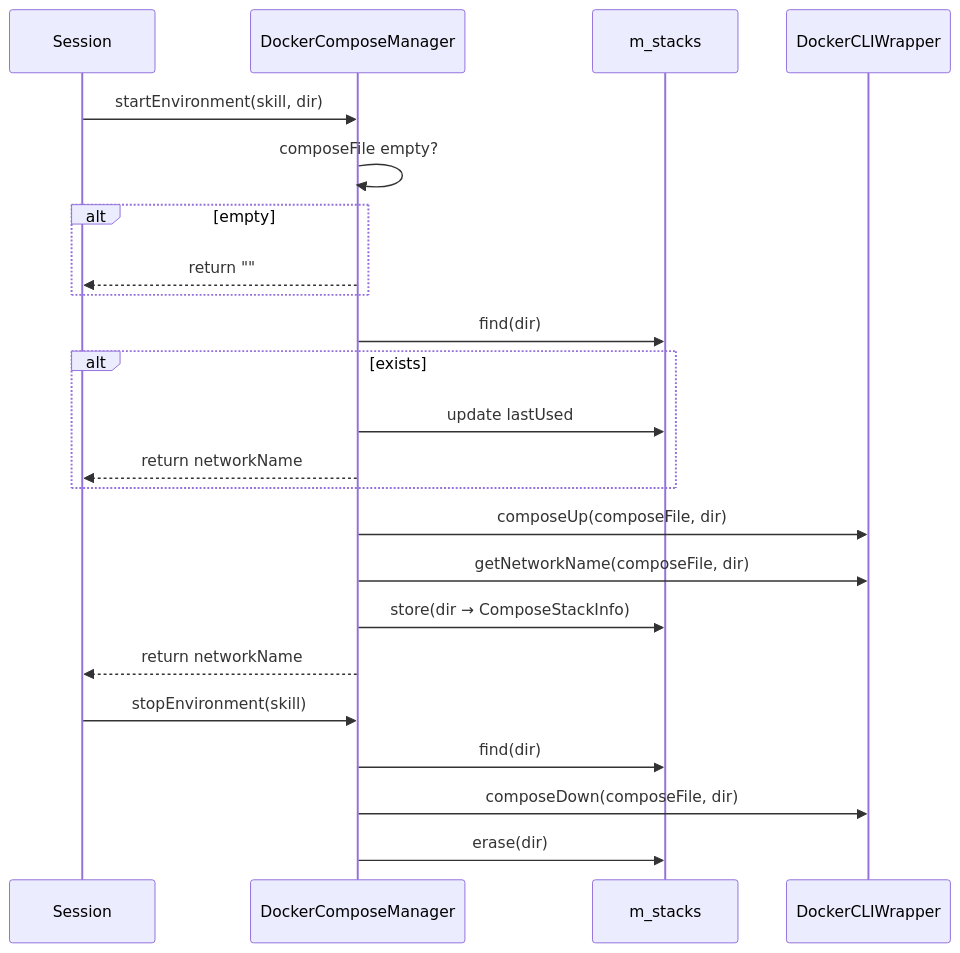
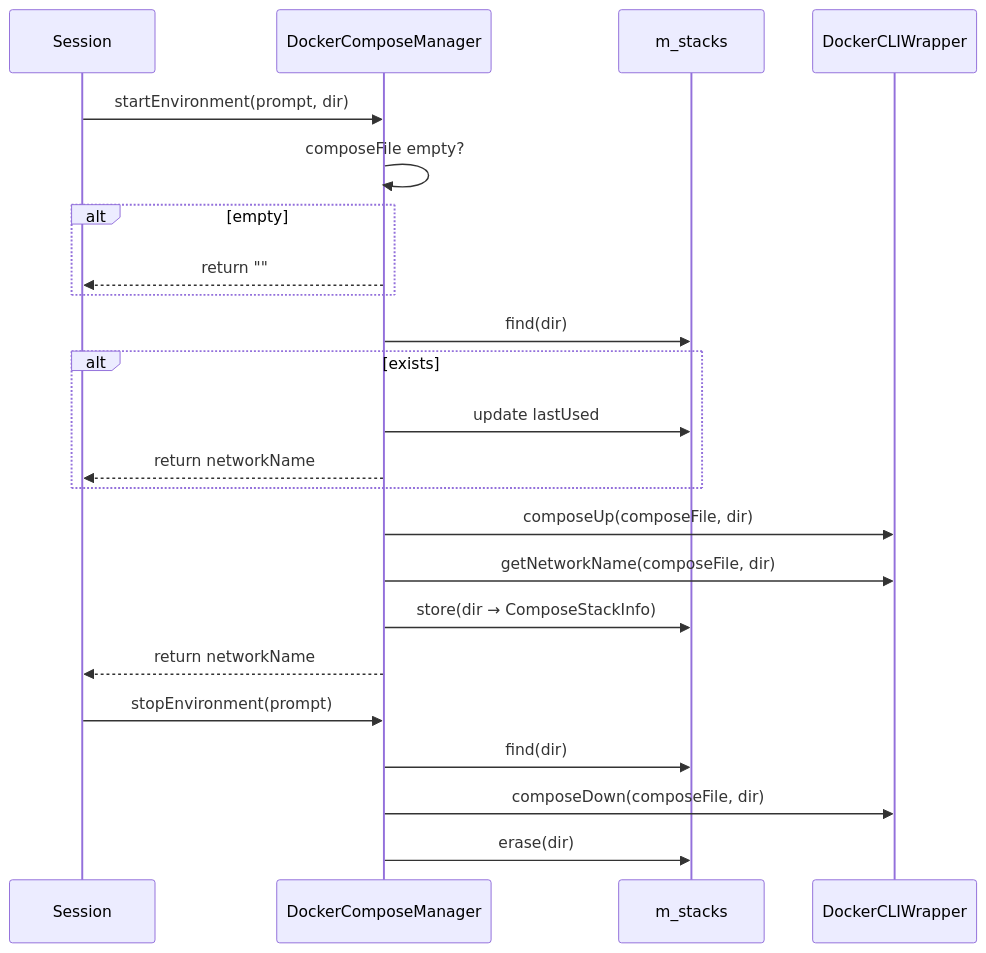
The second of 2 diagrams in src/docker/compose_manager.spec.md (opensassi/a0), drawn with Mermaid before and after one commit. The commit also changed other lines of this file and 28 other files, not shown here.

````diff
--- a/src/docker/compose_manager.spec.md
+++ b/src/docker/compose_manager.spec.md
@@ -104,27 +104,27 @@
 ```mermaid
 sequenceDiagram
     participant S as Session
     participant DCM as DockerComposeManager
     participant Map as m_stacks
     participant CLI as DockerCLIWrapper
 
-    S->>DCM: startEnvironment(skill, dir)
+    S->>DCM: startEnvironment(prompt, dir)
     DCM->>DCM: composeFile empty?
     alt empty
         DCM-->>S: return ""
     end
     DCM->>Map: find(dir)
     alt exists
         DCM->>Map: update lastUsed
         DCM-->>S: return networkName
     end
     DCM->>CLI: composeUp(composeFile, dir)
     DCM->>CLI: getNetworkName(composeFile, dir)
     DCM->>Map: store(dir → ComposeStackInfo)
     DCM-->>S: return networkName
 
-    S->>DCM: stopEnvironment(skill)
+    S->>DCM: stopEnvironment(prompt)
     DCM->>Map: find(dir)
     DCM->>CLI: composeDown(composeFile, dir)
     DCM->>Map: erase(dir)
 ```
````
